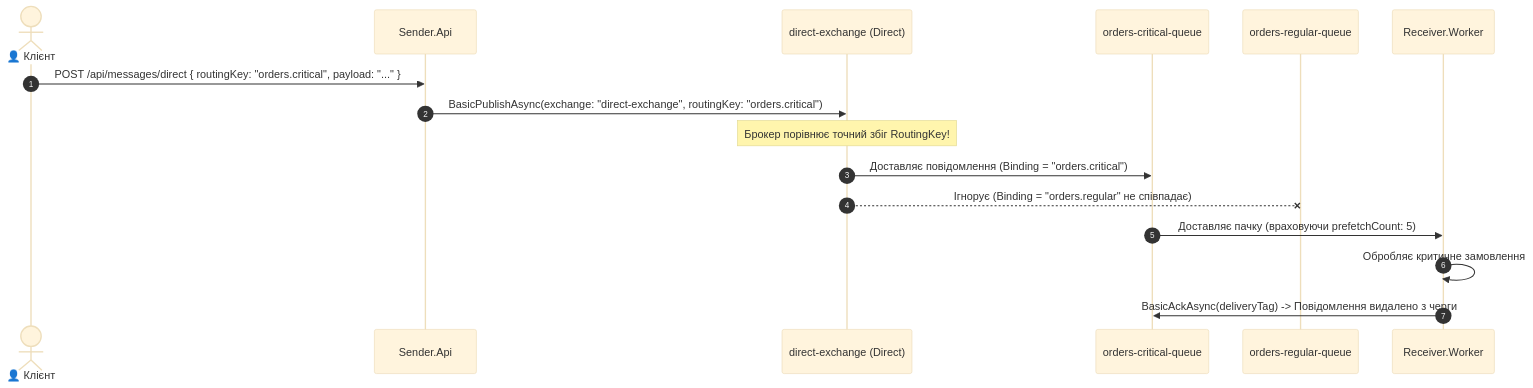
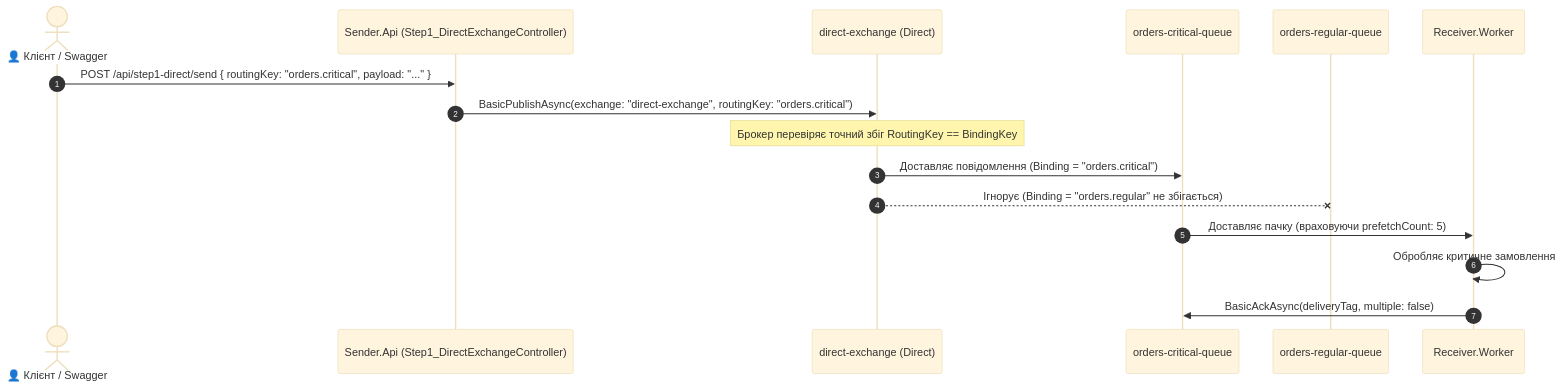
Before and after one commit to MrTomkaYurii/Microservices-Aspire-Mastery: the third of 6 diagrams in 03-RabbitMQ-LowLevel/STRUCTURE-AND-DATA-FLOW.md, drawn with Mermaid (base theme). The commit also changed other lines of this file and 49 other files, not shown here.

````diff
--- a/03-RabbitMQ-LowLevel/STRUCTURE-AND-DATA-FLOW.md
+++ b/03-RabbitMQ-LowLevel/STRUCTURE-AND-DATA-FLOW.md
@@ -120,19 +139,19 @@
 ```mermaid
 sequenceDiagram
     autonumber
-    actor Client as 👤 Клієнт
-    participant Sender as Sender.Api
+    actor Client as 👤 Клієнт / Swagger
+    participant Sender as Sender.Api (Step1_DirectExchangeController)
     participant DirectEx as direct-exchange (Direct)
     participant Q_Crit as orders-critical-queue
     participant Q_Reg as orders-regular-queue
     participant Worker as Receiver.Worker
 
-    Client->>Sender: POST /api/messages/direct { routingKey: "orders.critical", payload: "..." }
+    Client->>Sender: POST /api/step1-direct/send { routingKey: "orders.critical", payload: "..." }
     Sender->>DirectEx: BasicPublishAsync(exchange: "direct-exchange", routingKey: "orders.critical")
-    Note over DirectEx: Брокер порівнює точний збіг RoutingKey!
+    Note over DirectEx: Брокер перевіряє точний збіг RoutingKey == BindingKey
     DirectEx->>Q_Crit: Доставляє повідомлення (Binding = "orders.critical")
-    DirectEx--xQ_Reg: Ігнорує (Binding = "orders.regular" не співпадає)
+    DirectEx--xQ_Reg: Ігнорує (Binding = "orders.regular" не збігається)
     Q_Crit->>Worker: Доставляє пачку (враховуючи prefetchCount: 5)
     Worker->>Worker: Обробляє критичне замовлення
-    Worker->>Q_Crit: BasicAckAsync(deliveryTag) -> Повідомлення видалено з черги
+    Worker->>Q_Crit: BasicAckAsync(deliveryTag, multiple: false)
 ```
````
